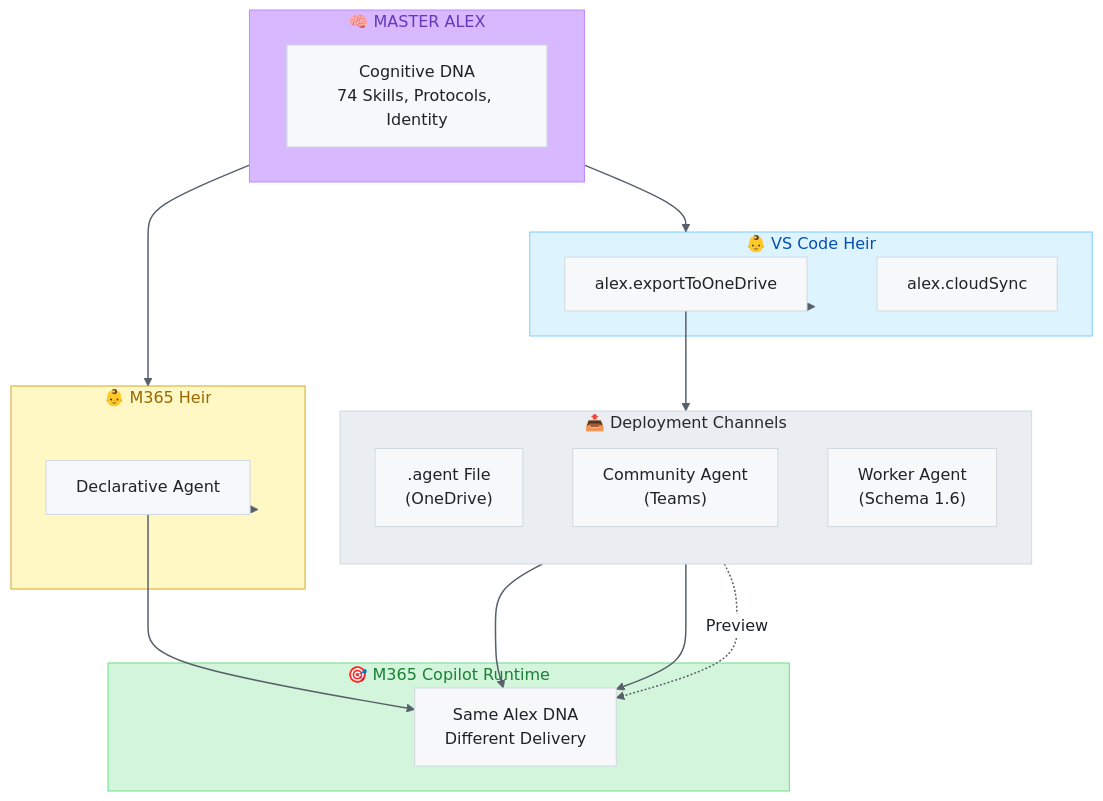
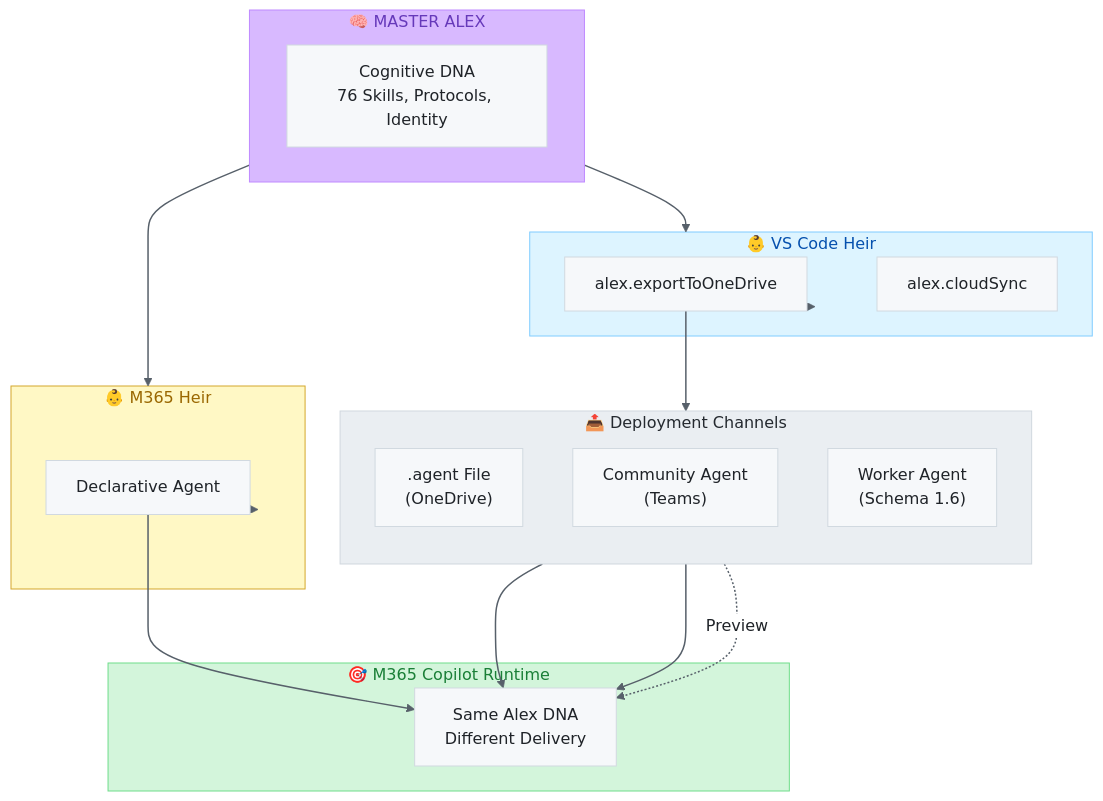
The diagram in platforms/m365-copilot/README.md (fabioc-aloha/Alex_Plug_In), drawn with Mermaid before and after one commit. The commit also changed 5 other files, not shown here.

````diff
--- a/platforms/m365-copilot/README.md
+++ b/platforms/m365-copilot/README.md
@@ -162,43 +162,43 @@
 ```mermaid
 %%{init: {'theme': 'base', 'themeVariables': { 'primaryColor': '#f6f8fa', 'primaryTextColor': '#1f2328', 'primaryBorderColor': '#d1d9e0', 'lineColor': '#656d76', 'secondaryColor': '#f6f8fa', 'tertiaryColor': '#ffffff', 'background': '#ffffff', 'mainBkg': '#f6f8fa', 'nodeBorder': '#d1d9e0', 'edgeLabelBackground': '#fff'}}}%%
 flowchart TB
     subgraph Master["🧠 MASTER ALEX"]
-        DNA["Cognitive DNA<br/>74 Skills, Protocols, Identity"]
+        DNA["Cognitive DNA<br/>76 Skills, Protocols, Identity"]
     end
 
     subgraph VSCode["👶 VS Code Heir"]
         Export["alex.exportToOneDrive"]
         Cloud["alex.cloudSync"]
     end
 
     subgraph M365["👶 M365 Heir"]
         DA["Declarative Agent"]
     end
 
     subgraph Channels["📤 Deployment Channels"]
         direction TB
         ODA[".agent File<br/>(OneDrive)"]
         CA["Community Agent<br/>(Teams)"]
         WA["Worker Agent<br/>(Schema 1.6)"]
     end
 
     subgraph Runtime["🎯 M365 Copilot Runtime"]
         COP["Same Alex DNA<br/>Different Delivery"]
     end
 
     Master --> VSCode
     Master --> M365
     VSCode --> Export --> ODA
     M365 --> DA
     DA --> COP
     ODA --> COP
     CA --> COP
     WA -.->|"Preview"| COP
 
     style Master fill:#d8b9ff,color:#6639ba,stroke:#bf8aff
     style VSCode fill:#ddf4ff,color:#0550ae,stroke:#80ccff
     style M365 fill:#fff8c5,color:#9a6700,stroke:#d4a72c
     style Channels fill:#eaeef2,color:#24292f,stroke:#d0d7de
     style Runtime fill:#d3f5db,color:#1a7f37,stroke:#6fdd8b
     linkStyle default stroke:#57606a,stroke-width:1.5px
 ```
````
